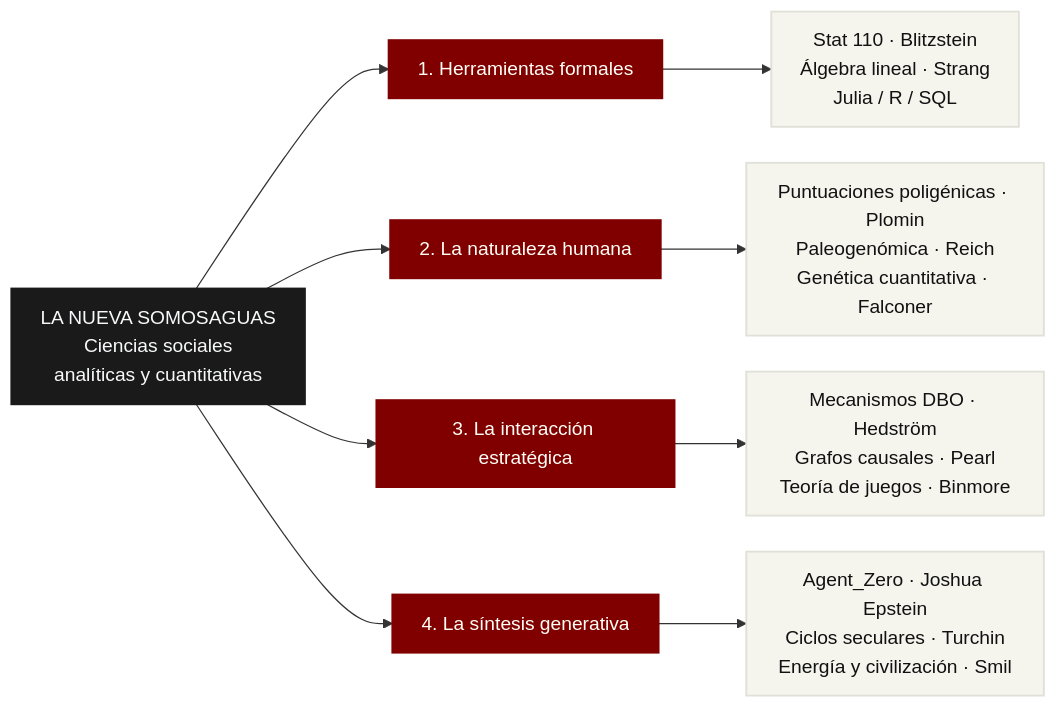
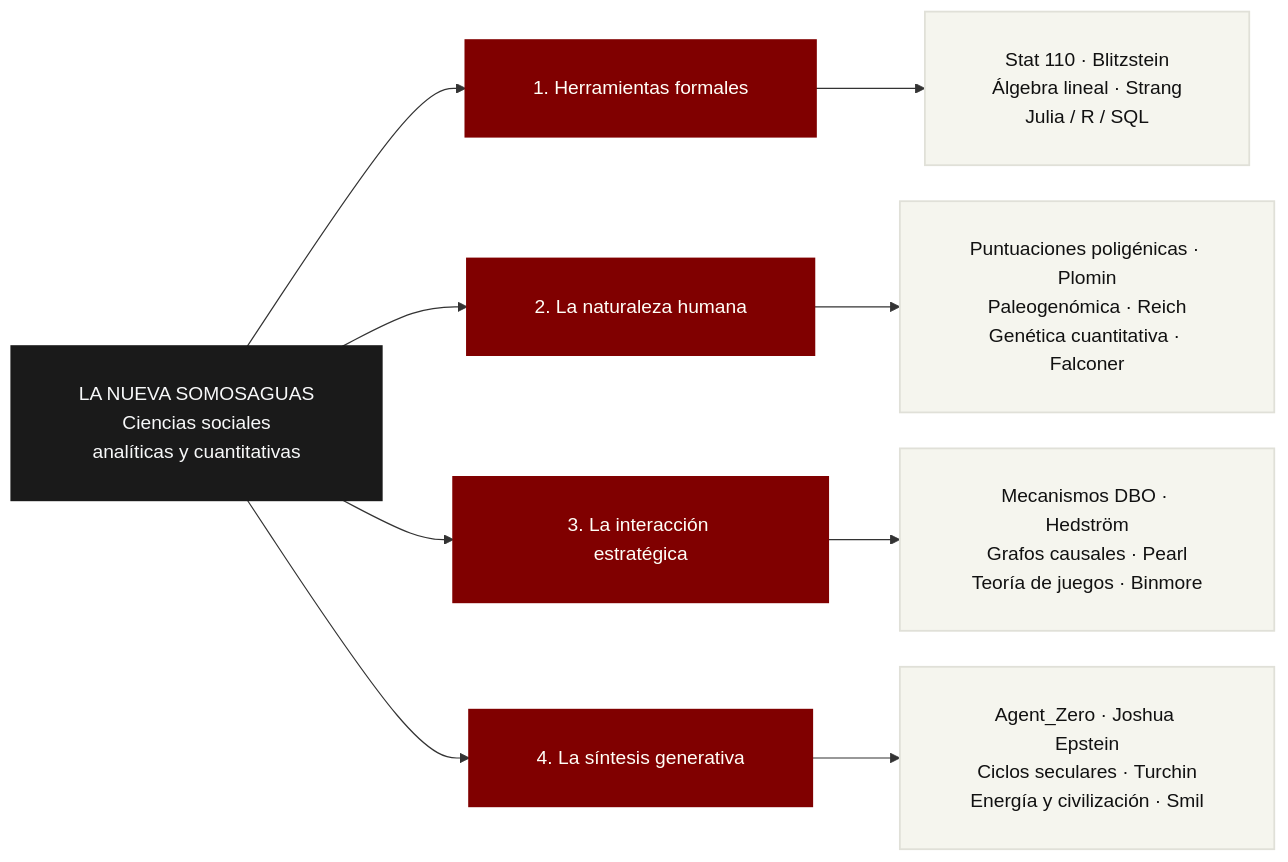
One commit to danielgccr/nuevasomosaguas changed the diagram in index.qmd. Above: the diagram before and after it, drawn with Mermaid. The commit also changed 11 other files, not shown here.

First line of the commit message:
Evita que las etiquetas de mermaid se corten

````diff
--- a/index.qmd
+++ b/index.qmd
@@ -27,26 +27,26 @@
 ```{mermaid}
 %%| label: fig-pilares
 %%| fig-cap: "Los cuatro pilares de la consiliencia y sus referencias fundacionales."
 
-%%{init: {"flowchart": {"htmlLabels": false, "nodeSpacing": 30, "rankSpacing": 60, "padding": 12, "useMaxWidth": true}}}%%
+%%{init: {"flowchart": {"htmlLabels": false, "nodeSpacing": 30, "rankSpacing": 60, "padding": 28, "useMaxWidth": true}}}%%
 flowchart LR
     NS["LA NUEVA SOMOSAGUAS<br/>Ciencias sociales<br/>analíticas y cuantitativas"]
 
     NS --> P1["1. Herramientas formales"]
     NS --> P2["2. La naturaleza humana"]
     NS --> P3["3. La interacción estratégica"]
     NS --> P4["4. La síntesis generativa"]
 
     P1 --> R1["Stat 110 · Blitzstein<br/>Álgebra lineal · Strang<br/>Julia / R / SQL"]
     P2 --> R2["Puntuaciones poligénicas · Plomin<br/>Paleogenómica · Reich<br/>Genética cuantitativa · Falconer"]
     P3 --> R3["Mecanismos DBO · Hedström<br/>Grafos causales · Pearl<br/>Teoría de juegos · Binmore"]
     P4 --> R4["Agent_Zero · Joshua Epstein<br/>Ciclos seculares · Turchin<br/>Energía y civilización · Smil"]
 
     classDef raiz fill:#1a1a1a,stroke:#1a1a1a,stroke-width:2px,color:#f8f9fa
     classDef pilar fill:#800000,stroke:#800000,stroke-width:2px,color:#fffff8
     classDef ref fill:#f5f5ee,stroke:#e0e0d8,stroke-width:1.5px,color:#111111
 
     class NS raiz
     class P1,P2,P3,P4 pilar
     class R1,R2,R3,R4 ref
 ```
````
